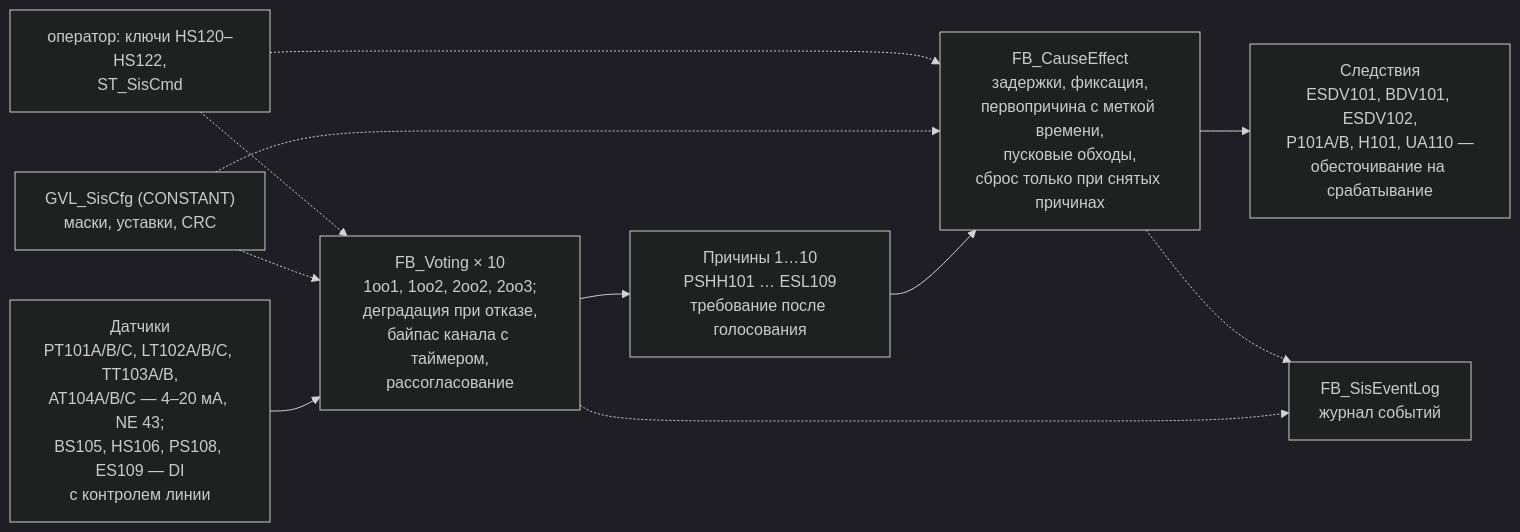
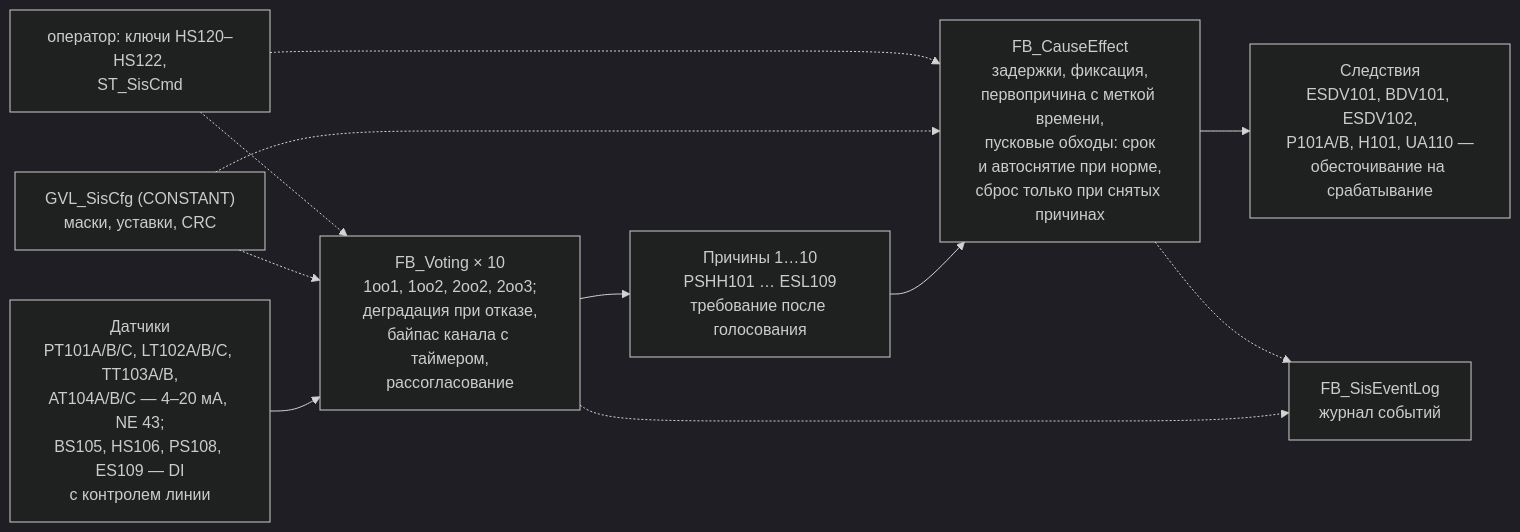
One commit to kr0nsch/sis-interlock-demo changed the first of 2 diagrams in README.md. Above: the diagram before and after it, drawn with Mermaid (dark theme). The commit also changed other lines of this file and 383 other files, not shown here.

````diff
--- a/README.md
+++ b/README.md
@@ -60,15 +60,15 @@
 ```mermaid
 flowchart LR
     sensors["Датчики<br/>PT101A/B/C, LT102A/B/C, TT103A/B,<br/>AT104A/B/C — 4–20 мА, NE 43;<br/>BS105, HS106, PS108, ES109 — DI<br/>с контролем линии"]
     voting["FB_Voting × 10<br/>1oo1, 1oo2, 2oo2, 2oo3;<br/>деградация при отказе,<br/>байпас канала с таймером,<br/>рассогласование"]
     causes["Причины 1…10<br/>PSHH101 … ESL109<br/>требование после голосования"]
-    cem["FB_CauseEffect<br/>задержки, фиксация,<br/>первопричина с меткой времени,<br/>пусковые обходы,<br/>сброс только при снятых причинах"]
+    cem["FB_CauseEffect<br/>задержки, фиксация,<br/>первопричина с меткой времени,<br/>пусковые обходы: срок<br/>и автоснятие при норме,<br/>сброс только при снятых причинах"]
     effects["Следствия<br/>ESDV101, BDV101, ESDV102,<br/>P101A/B, H101, UA110 —<br/>обесточивание на срабатывание"]
     sensors --> voting --> causes --> cem --> effects
     cfg["GVL_SisCfg (CONSTANT)<br/>маски, уставки, CRC"] -.-> voting
     cfg -.-> cem
     hmi["оператор: ключи HS120–HS122,<br/>ST_SisCmd"] -.-> voting
     hmi -.-> cem
     voting -.-> log["FB_SisEventLog<br/>журнал событий"]
     cem -.-> log
 ```
````
